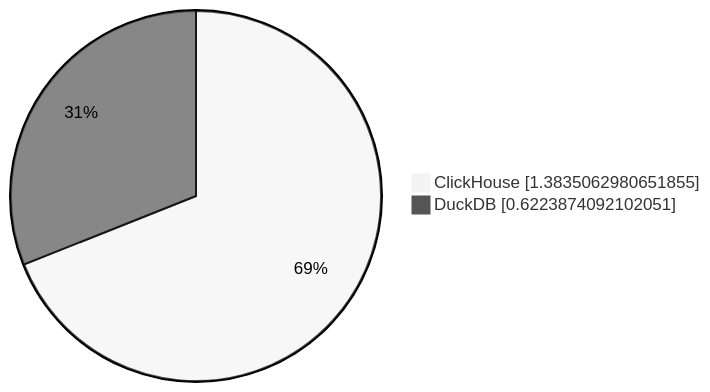
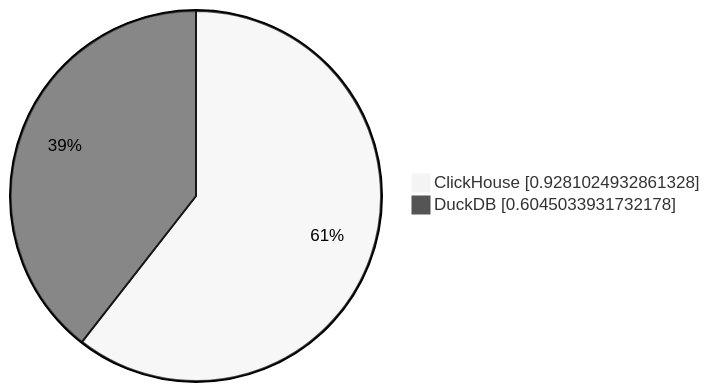
The fourth of 10 diagrams in parquet/performance/results/ontime/23.11.1.2711-alpine/README.md (Altinity/clickhouse-regression), drawn with Mermaid (neutral theme) before and after one commit. The commit also changed other lines of this file and 8 other files, not shown here.

````diff
--- a/parquet/performance/results/ontime/23.11.1.2711-alpine/README.md
+++ b/parquet/performance/results/ontime/23.11.1.2711-alpine/README.md
@@ -40,5 +40,5 @@
 ```mermaid
      pie showData
-         "ClickHouse" : 1.3835062980651855
-         "DuckDB" : 0.6223874092102051
+         "ClickHouse" : 0.9281024932861328
+         "DuckDB" : 0.6045033931732178
 ```
````
